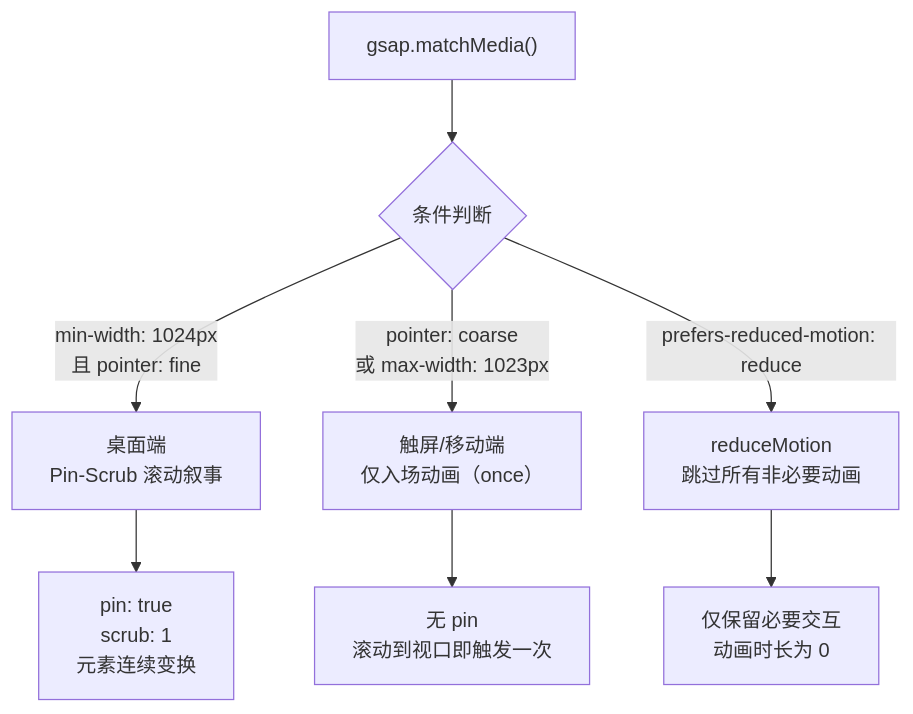
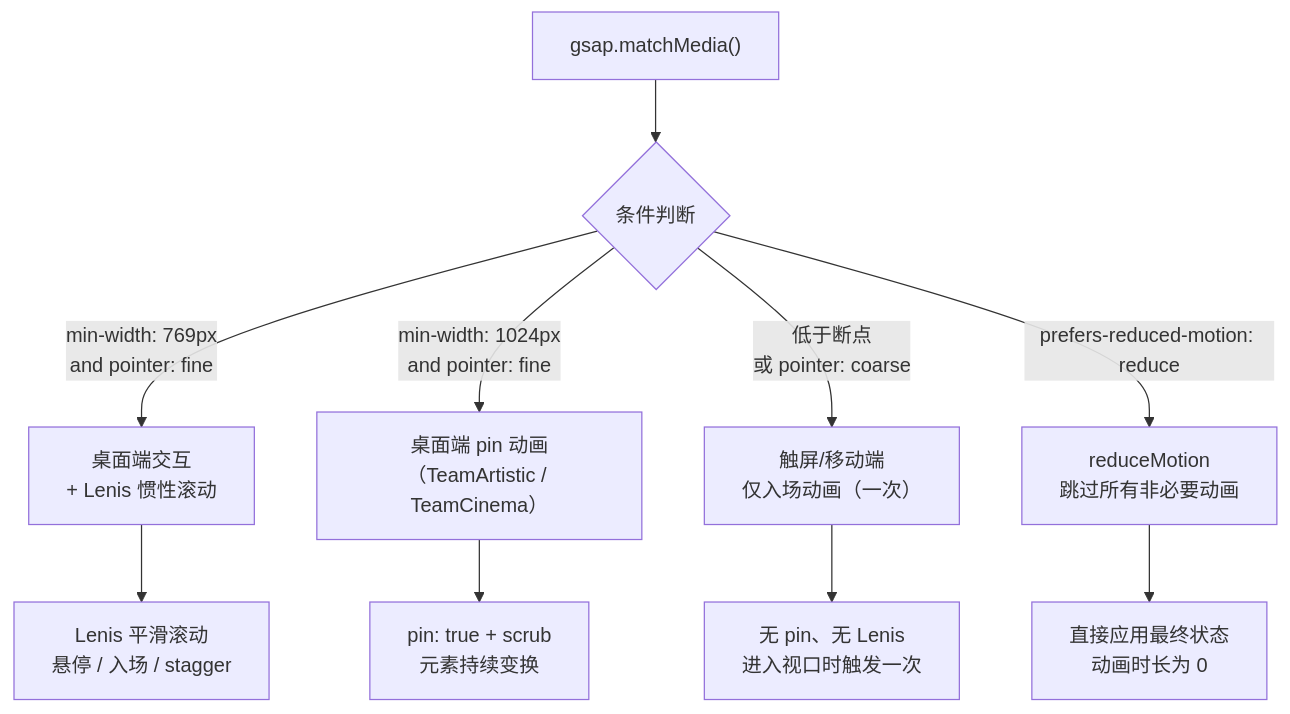
One commit to LuminolCraft/craft.luminolsuki.moe changed the second of 5 diagrams in README.zh-CN.md. Above: the diagram before and after it, drawn with Mermaid. The commit also changed other lines of this file and 5 other files, not shown here.

````diff
--- a/README.zh-CN.md
+++ b/README.zh-CN.md
@@ -724,10 +727,12 @@
 ```mermaid
 flowchart TD
     A["gsap.matchMedia()"] --> B{条件判断}
-    B -->|"min-width: 1024px<br/>且 pointer: fine"| C["桌面端<br/>Pin-Scrub 滚动叙事"]
-    B -->|"pointer: coarse<br/>或 max-width: 1023px"| D["触屏/移动端<br/>仅入场动画（once）"]
-    B -->|"prefers-reduced-motion: reduce"| E["reduceMotion<br/>跳过所有非必要动画"]
-    C --> C1["pin: true<br/>scrub: 1<br/>元素连续变换"]
-    D --> D1["无 pin<br/>滚动到视口即触发一次"]
-    E --> E1["仅保留必要交互<br/>动画时长为 0"]
+    B -->|"min-width: 769px<br/>and pointer: fine"| C["桌面端交互<br/>+ Lenis 惯性滚动"]
+    B -->|"min-width: 1024px<br/>and pointer: fine"| D["桌面端 pin 动画<br/>（TeamArtistic / TeamCinema）"]
+    B -->|"低于断点<br/>或 pointer: coarse"| E["触屏/移动端<br/>仅入场动画（一次）"]
+    B -->|"prefers-reduced-motion: reduce"| F["reduceMotion<br/>跳过所有非必要动画"]
+    C --> C1["Lenis 平滑滚动<br/>悬停 / 入场 / stagger"]
+    D --> D1["pin: true + scrub<br/>元素持续变换"]
+    E --> E1["无 pin、无 Lenis<br/>进入视口时触发一次"]
+    F --> F1["直接应用最终状态<br/>动画时长为 0"]
 ```
````
